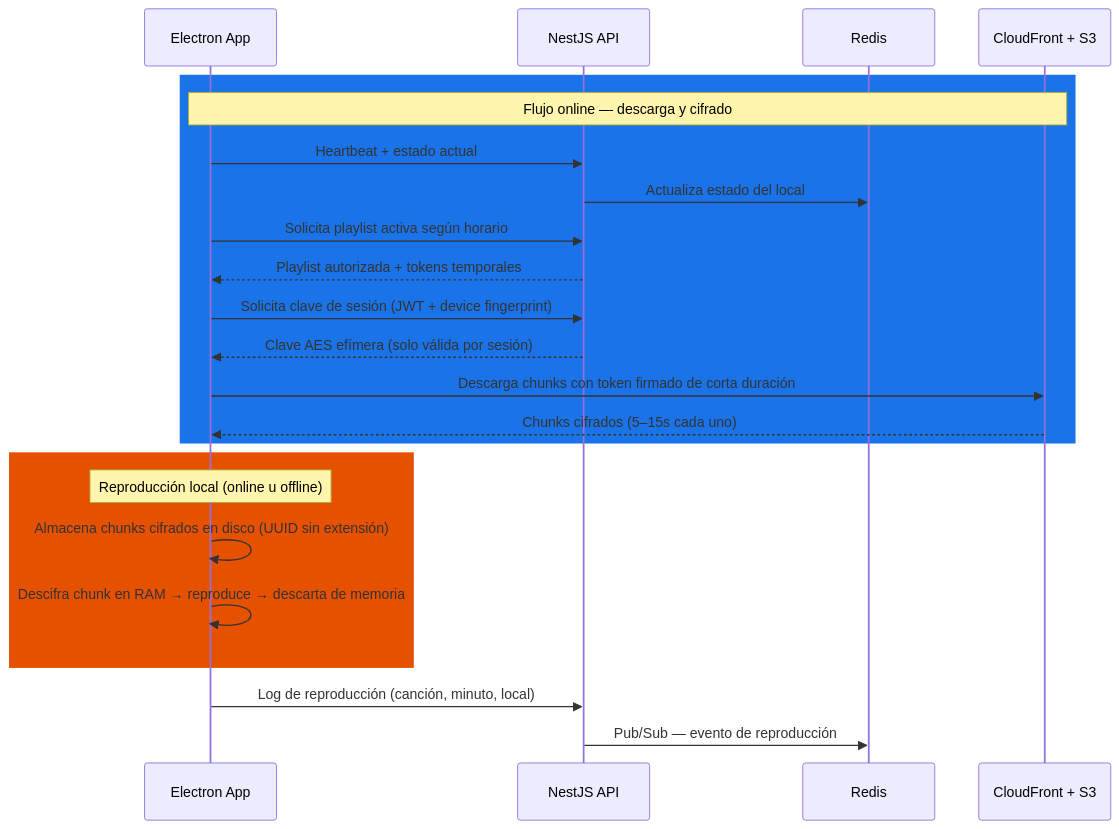
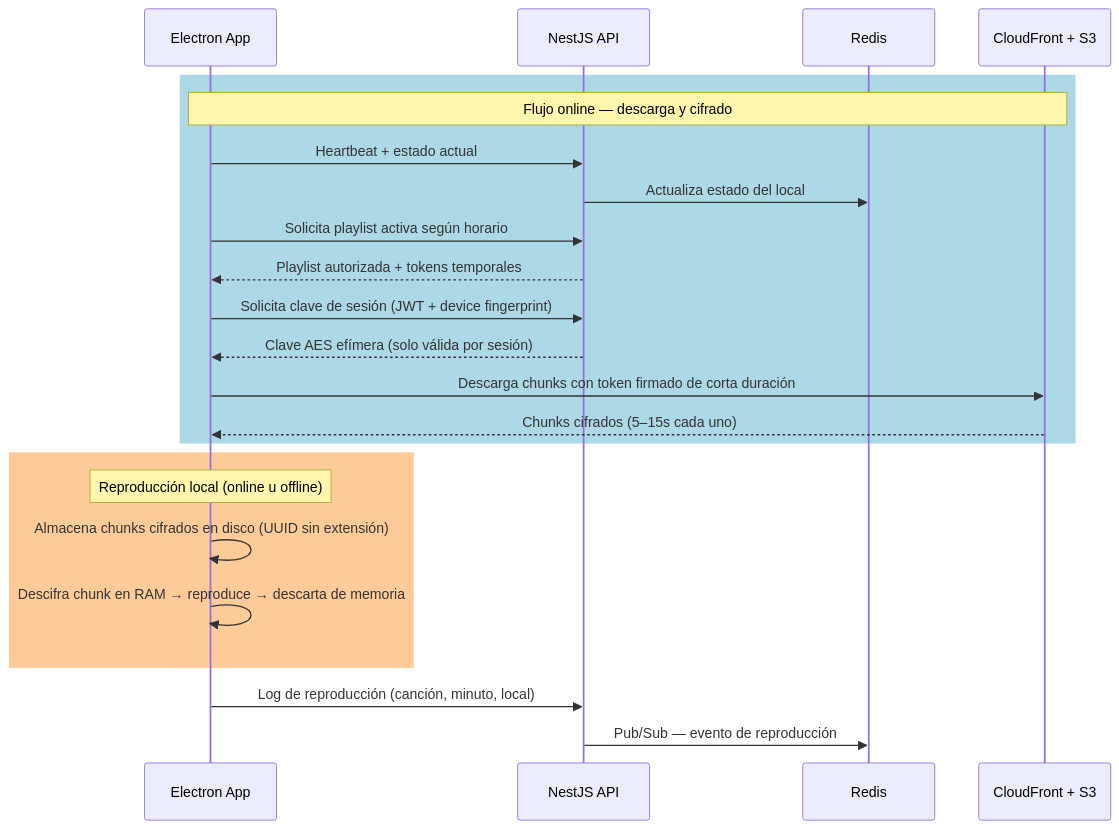
One commit to htm4rck/Mockups changed the third of 9 diagrams in app/MVPMusic/README.md. Above: the diagram before and after it, drawn with Mermaid. The commit also changed other lines of this file, not shown here.

Commit message:
precios y manipulacion de mp3 v 005

````diff
--- a/app/MVPMusic/README.md
+++ b/app/MVPMusic/README.md
@@ -91,28 +91,28 @@
 ```mermaid
 sequenceDiagram
     participant E as Electron App
     participant API as NestJS API
     participant RD as Redis
     participant CDN as CloudFront + S3
 
-    rect rgb(26, 115, 232)
+    rect rgb(173, 216, 230)
         Note over E,CDN: Flujo online — descarga y cifrado
         E->>API: Heartbeat + estado actual
         API->>RD: Actualiza estado del local
         E->>API: Solicita playlist activa según horario
         API-->>E: Playlist autorizada + tokens temporales
         E->>API: Solicita clave de sesión (JWT + device fingerprint)
         API-->>E: Clave AES efímera (solo válida por sesión)
         E->>CDN: Descarga chunks con token firmado de corta duración
         CDN-->>E: Chunks cifrados (5–15s cada uno)
     end
 
-    rect rgb(230, 81, 0)
+    rect rgb(255, 204, 153)
         Note over E,E: Reproducción local (online u offline)
         E->>E: Almacena chunks cifrados en disco (UUID sin extensión)
         E->>E: Descifra chunk en RAM → reproduce → descarta de memoria
     end
 
     E->>API: Log de reproducción (canción, minuto, local)
     API->>RD: Pub/Sub — evento de reproducción
 ```
````
